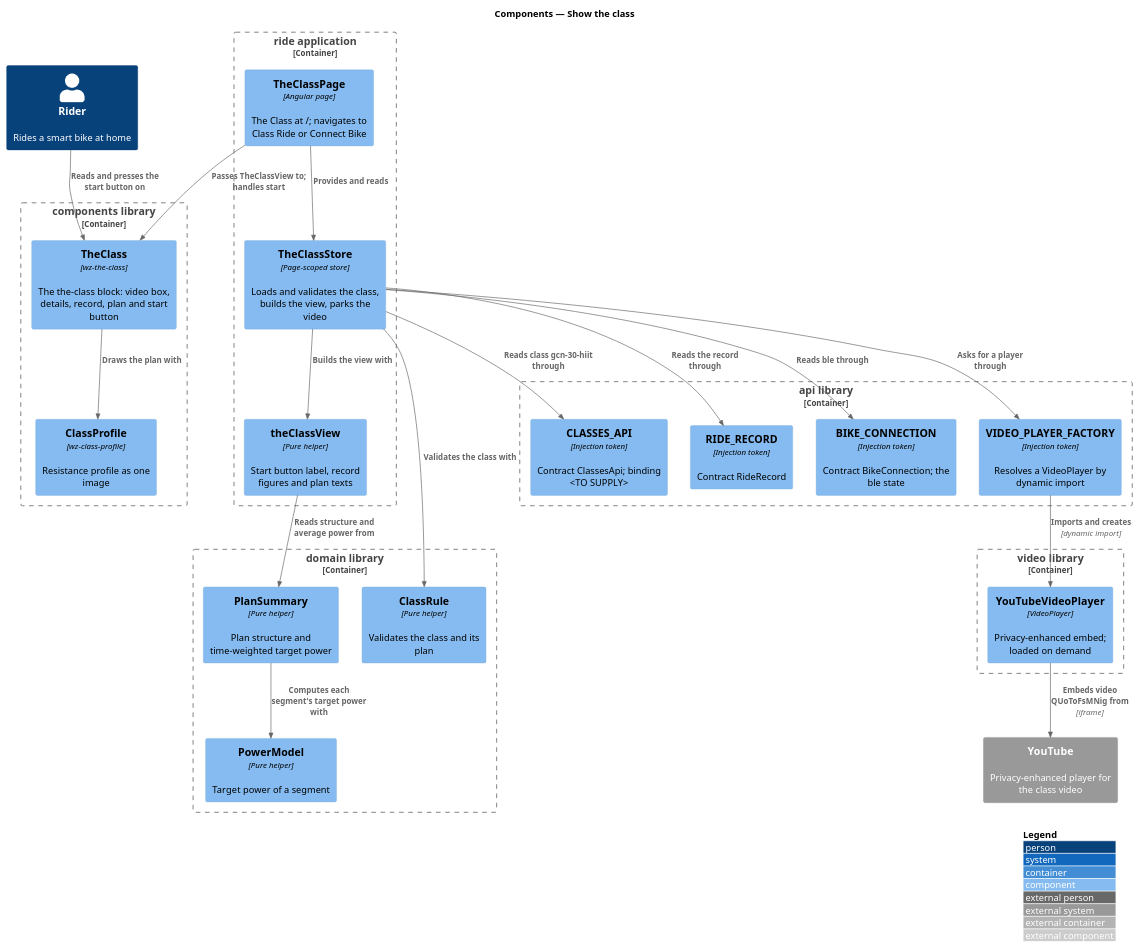
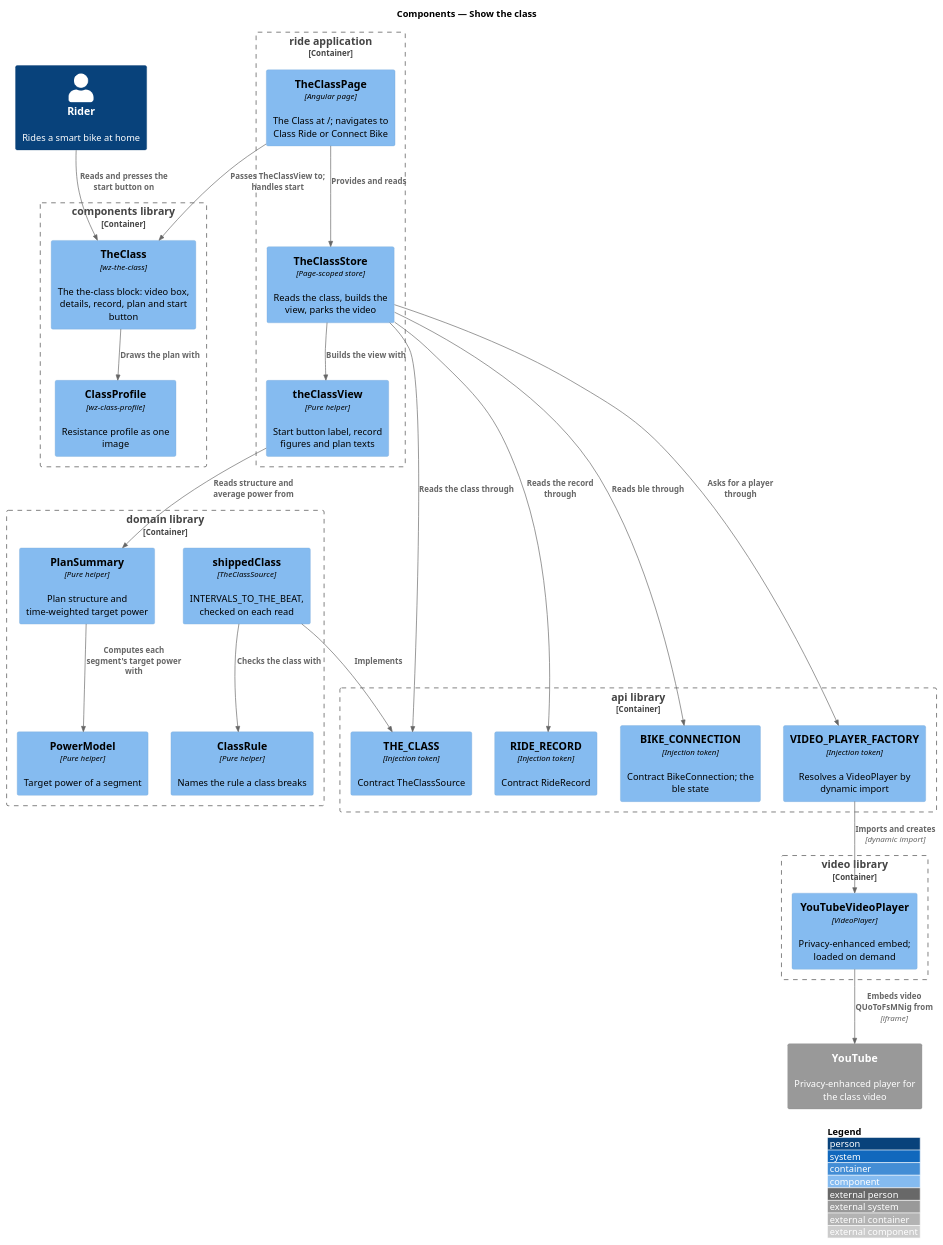
One commit to QuinntyneBrown/ride-one changed the diagram in docs/detailed-designs/the-class/show-the-class/diagrams/c4-component.puml. Above: the diagram before and after it, drawn with PlantUML. The commit also changed 223 other files, not shown here.

```diff
--- a/docs/detailed-designs/the-class/show-the-class/diagrams/c4-component.puml
+++ b/docs/detailed-designs/the-class/show-the-class/diagrams/c4-component.puml
@@ -1,47 +1,49 @@
 @startuml
 !include <C4/C4_Component>
 LAYOUT_WITH_LEGEND()
 title Components — Show the class
 
 Person(rider, "Rider", "Rides a smart bike at home")
 System_Ext(youtube, "YouTube", "Privacy-enhanced player for the class video")
 
 Container_Boundary(ride, "ride application") {
   Component(page, "TheClassPage", "Angular page", "The Class at /; navigates to Class Ride or Connect Bike")
-  Component(store, "TheClassStore", "Page-scoped store", "Loads and validates the class, builds the view, parks the video")
+  Component(store, "TheClassStore", "Page-scoped store", "Reads the class, builds the view, parks the video")
   Component(view, "theClassView", "Pure helper", "Start button label, record figures and plan texts")
 }
 Container_Boundary(components, "components library") {
   Component(block, "TheClass", "wz-the-class", "The the-class block: video box, details, record, plan and start button")
   Component(profile, "ClassProfile", "wz-class-profile", "Resistance profile as one image")
 }
 Container_Boundary(domain, "domain library") {
-  Component(rule, "ClassRule", "Pure helper", "Validates the class and its plan")
+  Component(rule, "ClassRule", "Pure helper", "Names the rule a class breaks")
+  Component(shipped, "shippedClass", "TheClassSource", "INTERVALS_TO_THE_BEAT, checked on each read")
   Component(summary, "PlanSummary", "Pure helper", "Plan structure and time-weighted target power")
   Component(power, "PowerModel", "Pure helper", "Target power of a segment")
 }
 Container_Boundary(video, "video library") {
   Component(player, "YouTubeVideoPlayer", "VideoPlayer", "Privacy-enhanced embed; loaded on demand")
 }
 Container_Boundary(api, "api library") {
-  Component(classes, "CLASSES_API", "Injection token", "Contract ClassesApi; binding <TO SUPPLY>")
+  Component(classes, "THE_CLASS", "Injection token", "Contract TheClassSource")
   Component(record, "RIDE_RECORD", "Injection token", "Contract RideRecord")
   Component(conn, "BIKE_CONNECTION", "Injection token", "Contract BikeConnection; the ble state")
   Component(factory, "VIDEO_PLAYER_FACTORY", "Injection token", "Resolves a VideoPlayer by dynamic import")
 }
 
 Rel(rider, block, "Reads and presses the start button on")
 Rel(page, block, "Passes TheClassView to; handles start")
 Rel(block, profile, "Draws the plan with")
 Rel(page, store, "Provides and reads")
-Rel(store, classes, "Reads class gcn-30-hiit through")
-Rel(store, rule, "Validates the class with")
+Rel(store, classes, "Reads the class through")
+Rel(shipped, classes, "Implements")
+Rel(shipped, rule, "Checks the class with")
 Rel(store, view, "Builds the view with")
 Rel(view, summary, "Reads structure and average power from")
 Rel(summary, power, "Computes each segment's target power with")
 Rel(store, record, "Reads the record through")
 Rel(store, conn, "Reads ble through")
 Rel(store, factory, "Asks for a player through")
 Rel(factory, player, "Imports and creates", "dynamic import")
 Rel(player, youtube, "Embeds video QUoToFsMNig from", "iframe")
 @enduml
```
